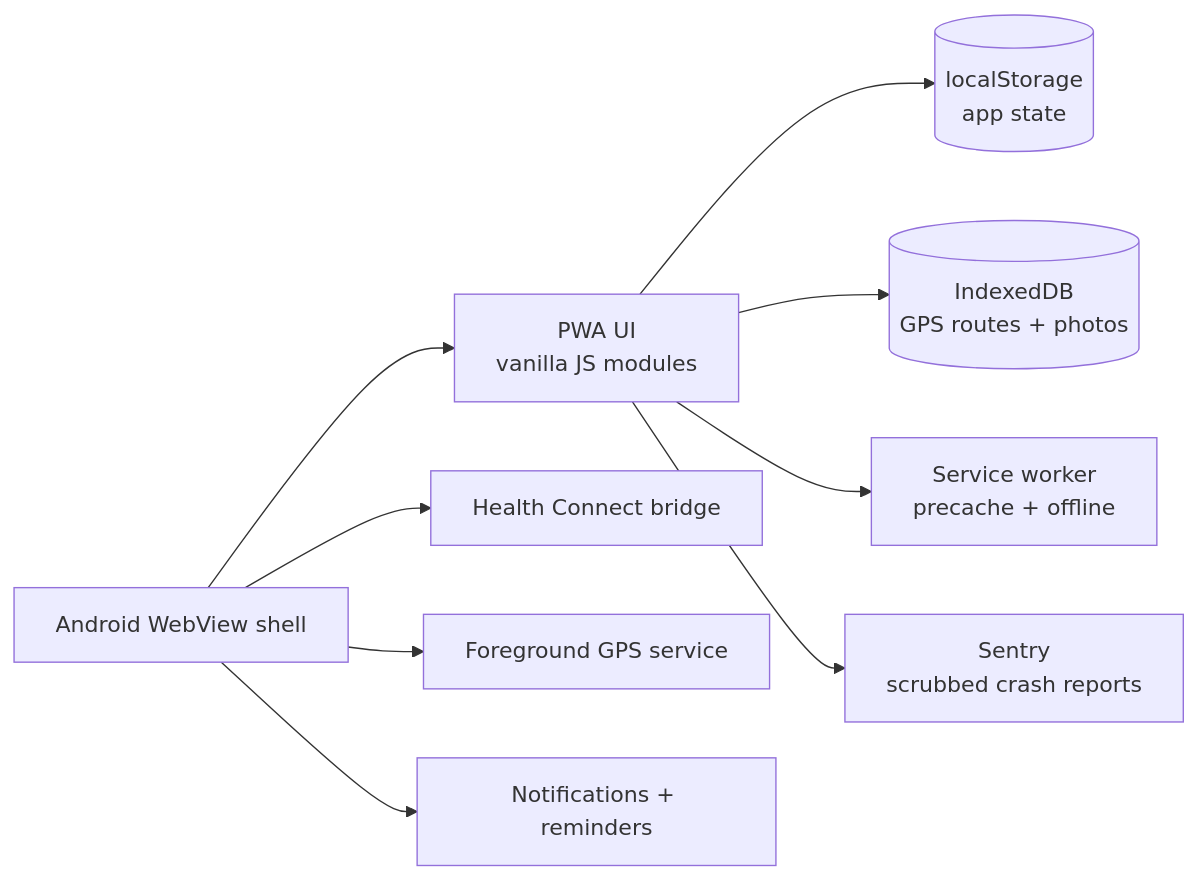
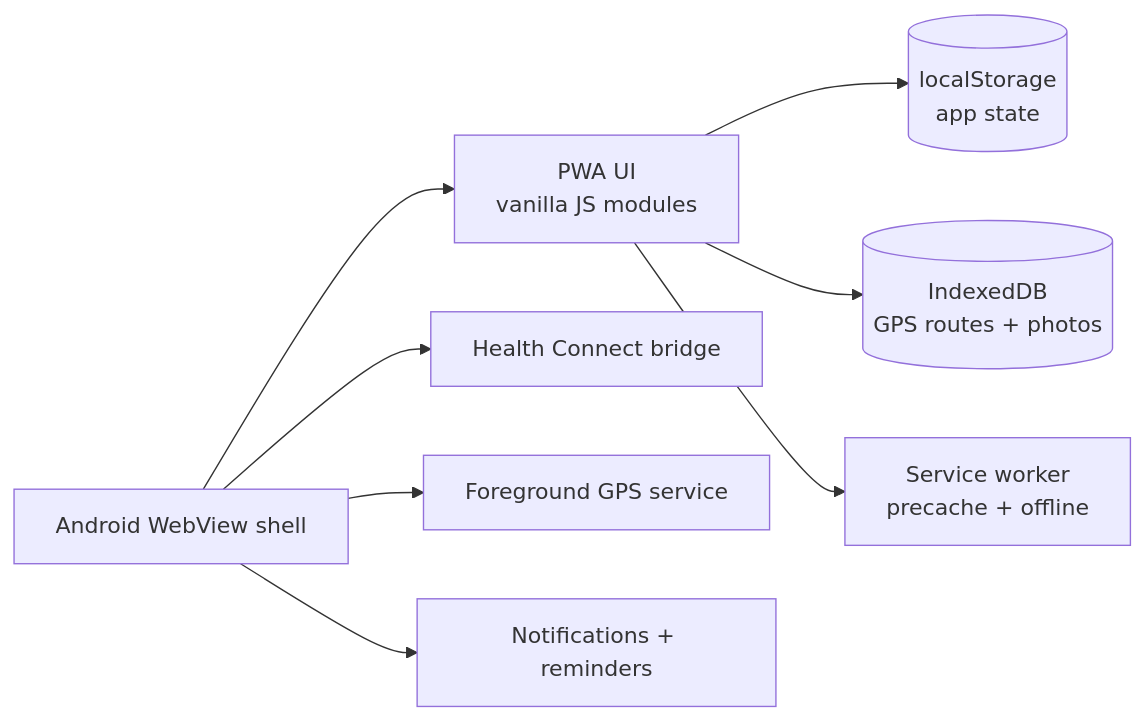
Before and after one commit to mjb96/openHybrid: the diagram in README.md, drawn with Mermaid. The commit also changed 36 other files, not shown here.

````diff
--- a/README.md
+++ b/README.md
@@ -131,11 +131,10 @@
 ```mermaid
 flowchart LR
   UI["PWA UI<br/>vanilla JS modules"] --> LS[("localStorage<br/>app state")]
   UI --> IDB[("IndexedDB<br/>GPS routes + photos")]
   UI --> SW["Service worker<br/>precache + offline"]
   AND["Android WebView shell"] --> UI
   AND --> HC["Health Connect bridge"]
   AND --> GPS["Foreground GPS service"]
   AND --> NOTIF["Notifications + reminders"]
-  UI --> SENTRY["Sentry<br/>scrubbed crash reports"]
 ```
````
